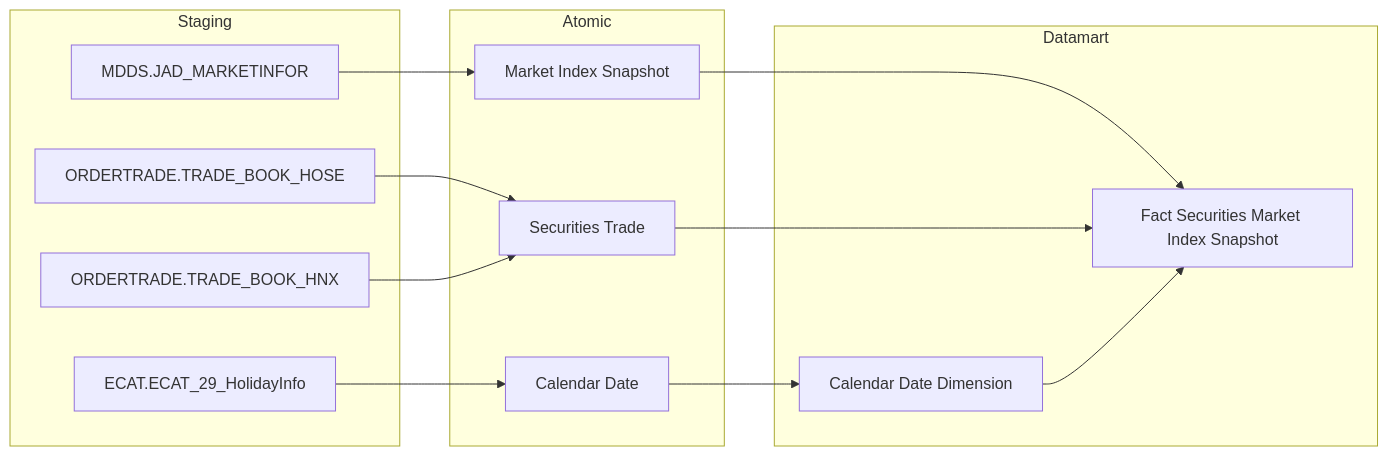
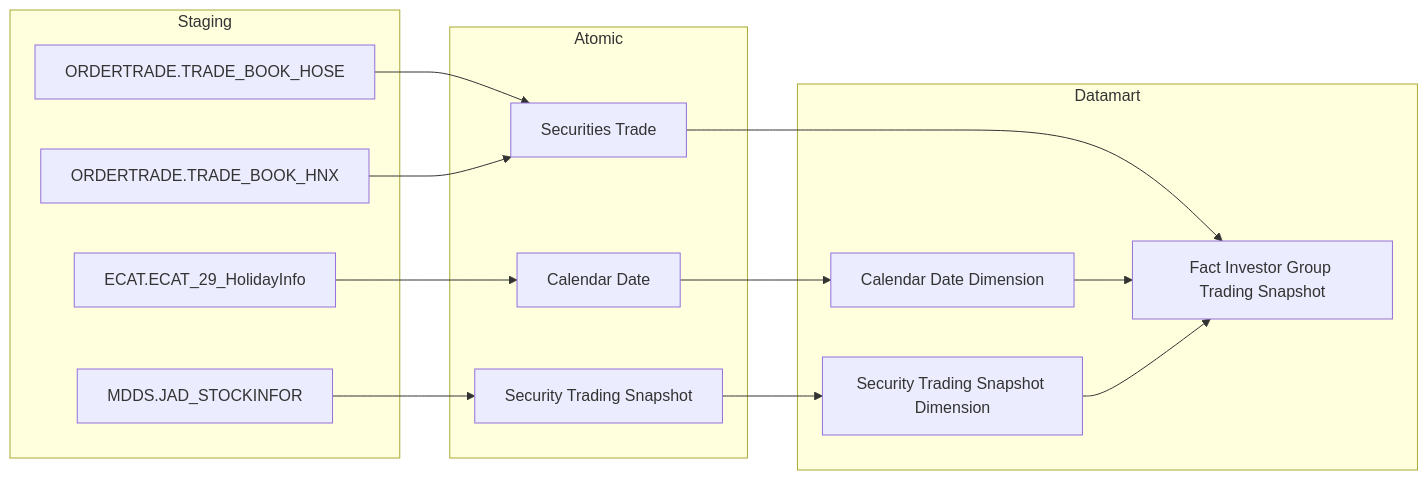
One commit to linhlvit/ubck_atomic_design changed the first of 40 diagrams in Datamart/hld/DTM_VP_HLD.md. Above: the diagram before and after it, drawn with Mermaid. The commit also changed other lines of this file and 25 other files, not shown here.

````diff
--- a/Datamart/hld/DTM_VP_HLD.md
+++ b/Datamart/hld/DTM_VP_HLD.md
@@ -10,26 +11,28 @@
 ```mermaid
 flowchart LR
     subgraph SRC["Staging"]
-        MDDS_JAD_MARKETINFOR["MDDS.JAD_MARKETINFOR"]
         ORDERTRADE_TRADE_BOOK_HOSE["ORDERTRADE.TRADE_BOOK_HOSE"]
         ORDERTRADE_TRADE_BOOK_HNX["ORDERTRADE.TRADE_BOOK_HNX"]
+        MDDS_JAD_STOCKINFOR["MDDS.JAD_STOCKINFOR"]
         ECAT_ECAT_29_HolidayInfo["ECAT.ECAT_29_HolidayInfo"]
     end
     subgraph SIL["Atomic"]
-        Market_Index_Snapshot["Market Index Snapshot"]
         Securities_Trade["Securities Trade"]
+        Security_Trading_Snapshot["Security Trading Snapshot"]
         Calendar_Date["Calendar Date"]
     end
     subgraph GOLD["Datamart"]
-        fct_scr_mkt_indx_snpst["Fact Securities Market Index Snapshot"]
-        cdr_dt_dim["Calendar Date Dimension"]
+        Calendar_Date_Dimension["Calendar Date Dimension"]
+        Security_Trading_Snapshot_Dimension["Security Trading Snapshot Dimension"]
+        Fact_Investor_Group_Trading_Snapshot["Fact Investor Group Trading Snapshot"]
     end
-    MDDS_JAD_MARKETINFOR --> Market_Index_Snapshot
     ORDERTRADE_TRADE_BOOK_HOSE --> Securities_Trade
     ORDERTRADE_TRADE_BOOK_HNX --> Securities_Trade
+    MDDS_JAD_STOCKINFOR --> Security_Trading_Snapshot
     ECAT_ECAT_29_HolidayInfo --> Calendar_Date
-    Market_Index_Snapshot --> fct_scr_mkt_indx_snpst
-    Securities_Trade --> fct_scr_mkt_indx_snpst
-    Calendar_Date --> cdr_dt_dim
-    cdr_dt_dim --> fct_scr_mkt_indx_snpst
+    Securities_Trade --> Fact_Investor_Group_Trading_Snapshot
+    Security_Trading_Snapshot --> Security_Trading_Snapshot_Dimension
+    Calendar_Date --> Calendar_Date_Dimension
+    Calendar_Date_Dimension --> Fact_Investor_Group_Trading_Snapshot
+    Security_Trading_Snapshot_Dimension --> Fact_Investor_Group_Trading_Snapshot
 ```
````
